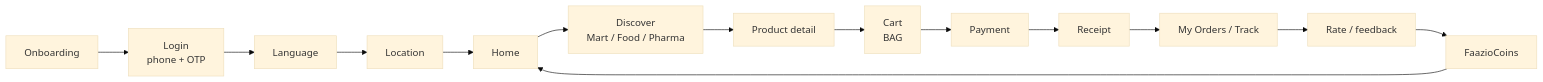
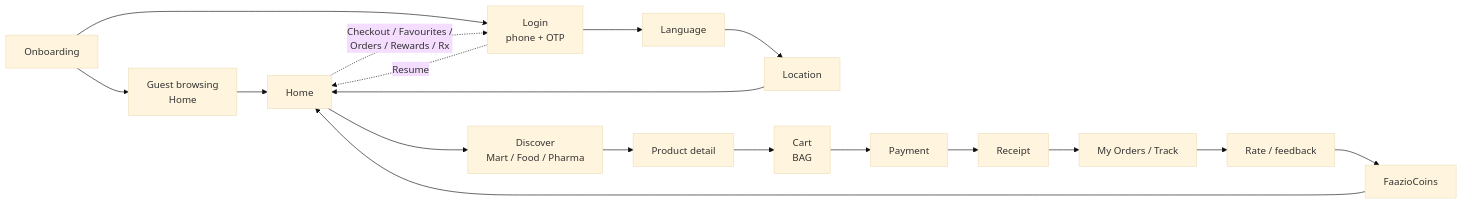
One commit to faazio-official/faazio-workspace changed diagram 15 of 24 in docs/FAAZIO_USER_FLOW_GUIDE.md. Above: the diagram before and after it, drawn with Mermaid (base theme). The commit also changed other lines of this file and 127 other files, not shown here.

First line of the commit message:
feat: food master taxonomy, guest browsing, OTP timeout hardening

````diff
--- a/docs/FAAZIO_USER_FLOW_GUIDE.md
+++ b/docs/FAAZIO_USER_FLOW_GUIDE.md
@@ -755,16 +787,20 @@
 ```mermaid
 flowchart LR
-  ONB["Onboarding"] --> LOGIN["Login<br/>phone + OTP"]
+  ONB["Onboarding"] --> GUEST["Guest browsing<br/>Home"]
+  ONB --> LOGIN["Login<br/>phone + OTP"]
   LOGIN --> LANG["Language"]
   LANG --> LOC["Location"]
   LOC --> HOME["Home"]
+  GUEST --> HOME
+  HOME -.->|"Checkout / Favourites /<br/>Orders / Rewards / Rx"| LOGIN
+  LOGIN -.->|"Resume"| HOME
   HOME --> DISC["Discover<br/>Mart / Food / Pharma"]
   DISC --> PROD["Product detail"]
   PROD --> CART["Cart<br/>BAG"]
   CART --> PAY["Payment"]
   PAY --> REC["Receipt"]
   REC --> TRACK["My Orders / Track"]
   TRACK --> RATE["Rate / feedback"]
   RATE --> REWARD["FaazioCoins"]
   REWARD --> HOME
 ```
````
